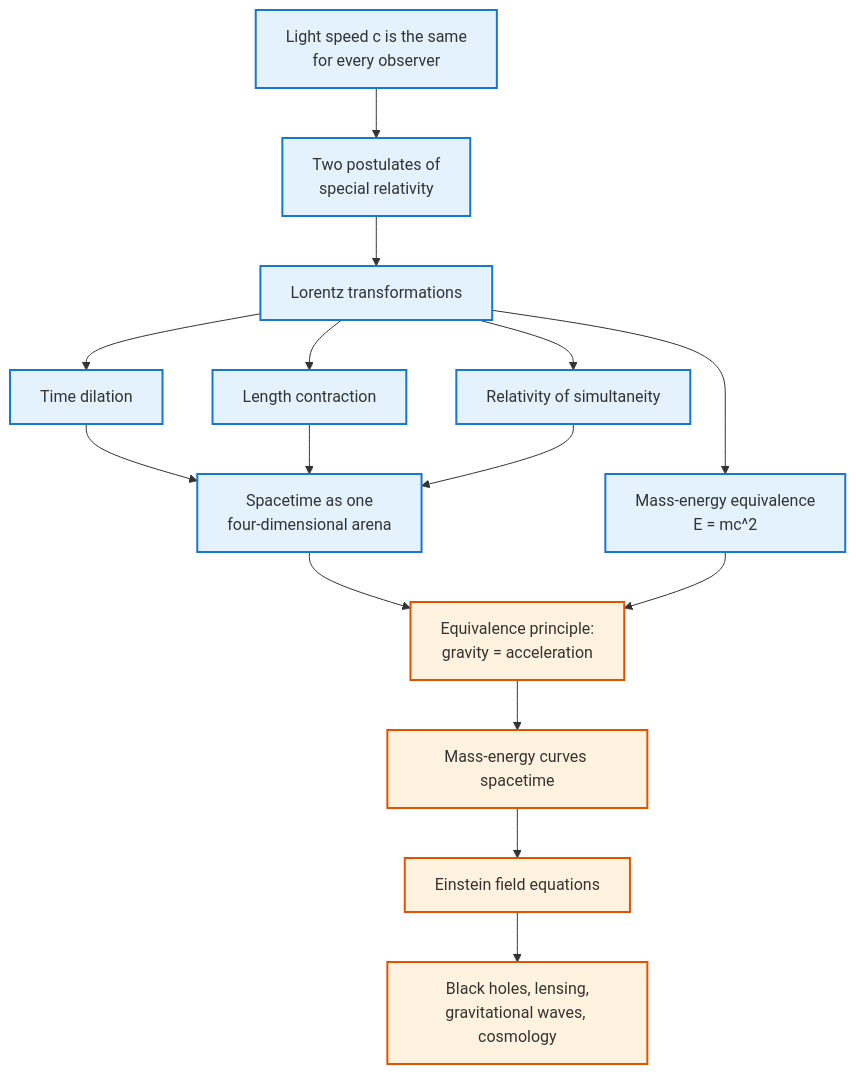
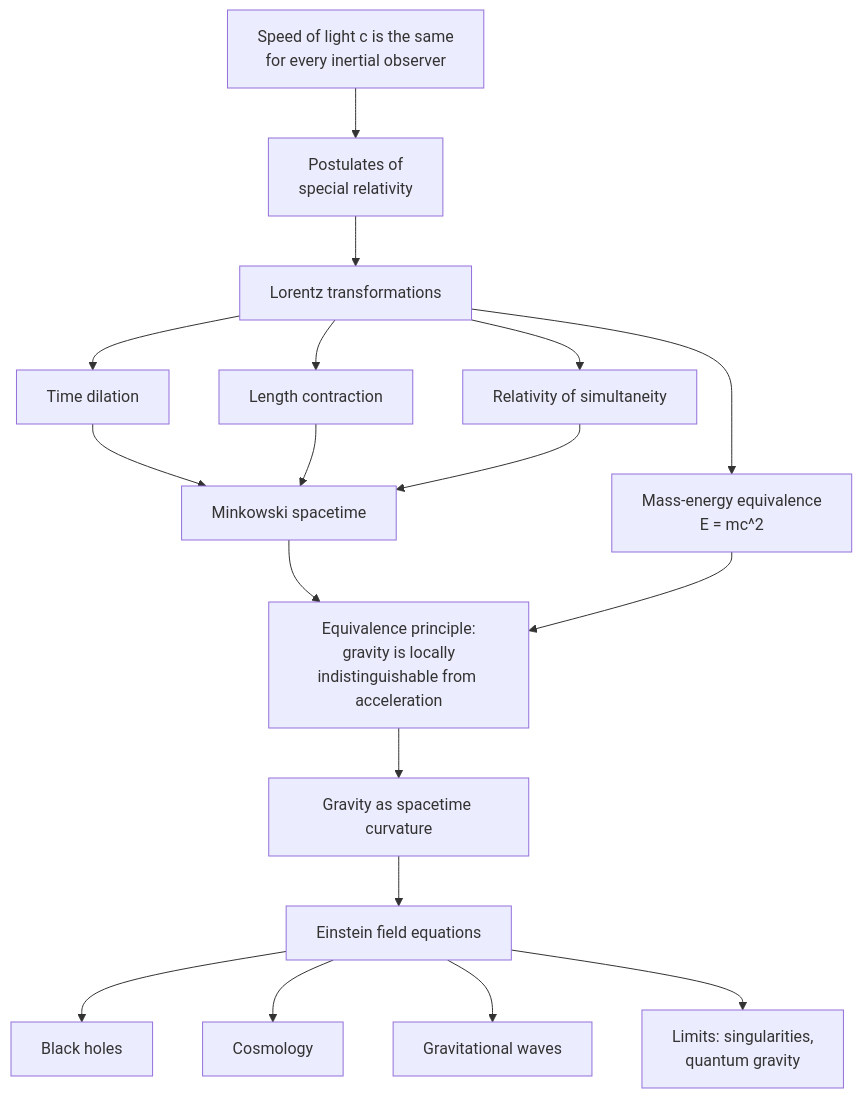
One commit to AndrewAltimit/Documentation changed the diagram in github-pages/docs/physics/relativity/index.md. Above: the diagram before and after it, drawn with Mermaid. The commit also changed other lines of this file and 240 other files, not shown here.

````diff
--- a/github-pages/docs/physics/relativity/index.md
+++ b/github-pages/docs/physics/relativity/index.md
@@ -26,21 +38,20 @@
 ```mermaid
 graph TD
-    MM["Light speed c is the same<br/>for every observer"] --> POST["Two postulates of<br/>special relativity"]
+    MM["Speed of light c is the same<br/>for every inertial observer"] --> POST["Postulates of<br/>special relativity"]
     POST --> LT["Lorentz transformations"]
     LT --> TD["Time dilation"]
     LT --> LC["Length contraction"]
     LT --> RS["Relativity of simultaneity"]
     LT --> EMC["Mass-energy equivalence<br/>E = mc^2"]
-    TD --> ST["Spacetime as one<br/>four-dimensional arena"]
+    TD --> ST["Minkowski spacetime"]
     LC --> ST
     RS --> ST
-    ST --> EP["Equivalence principle:<br/>gravity = acceleration"]
+    ST --> EP["Equivalence principle:<br/>gravity is locally<br/>indistinguishable from acceleration"]
     EMC --> EP
-    EP --> CURV["Mass-energy curves spacetime"]
+    EP --> CURV["Gravity as spacetime curvature"]
     CURV --> EFE["Einstein field equations"]
-    EFE --> PRED["Black holes, lensing,<br/>gravitational waves, cosmology"]
-    classDef sr fill:#e3f2fd,stroke:#1976d2,stroke-width:2px;
-    classDef gr fill:#fff3e0,stroke:#e65100,stroke-width:2px;
-    class MM,POST,LT,TD,LC,RS,EMC,ST sr;
-    class EP,CURV,EFE,PRED gr;
+    EFE --> BH["Black holes"]
+    EFE --> COS["Cosmology"]
+    EFE --> GW["Gravitational waves"]
+    EFE --> QG["Limits: singularities,<br/>quantum gravity"]
 ```
````
